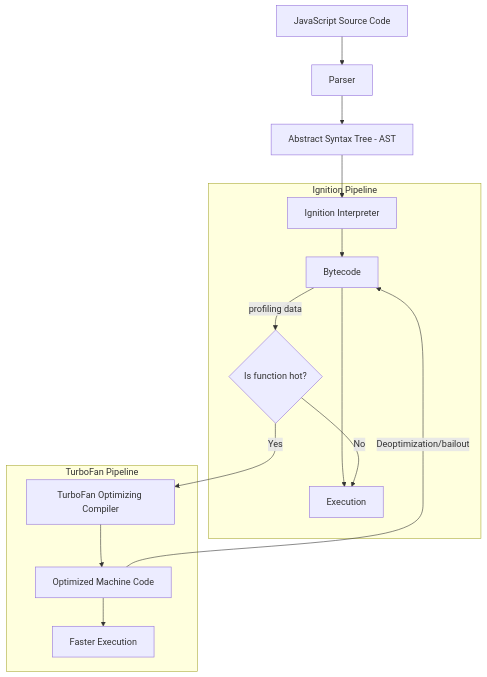
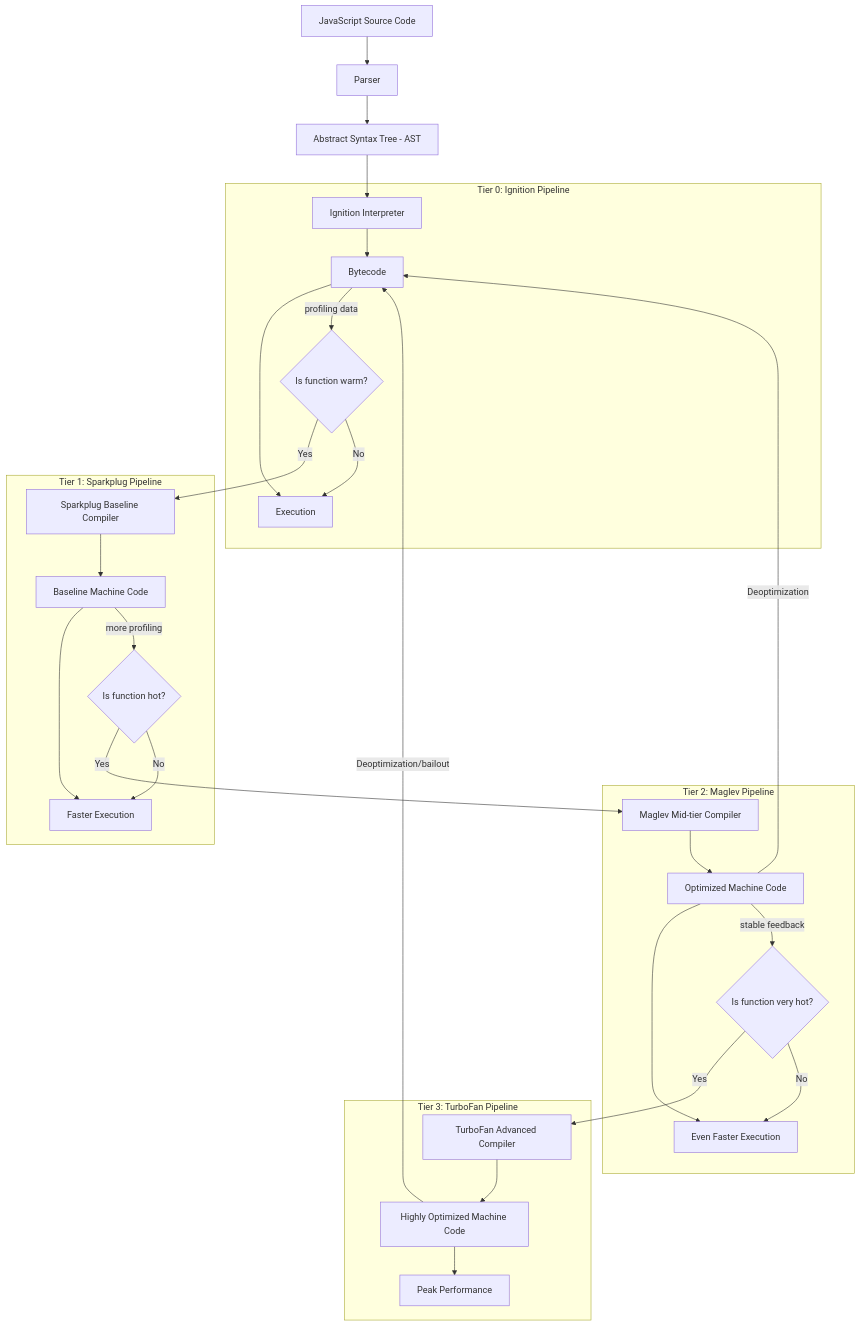
One commit to ishtms/nodebook changed the second of 14 diagrams in src/content/node-arch/v8-engine-intro.md. Above: the diagram before and after it, drawn with Mermaid. The commit also changed other lines of this file and 6 other files, not shown here.

````diff
--- a/src/content/node-arch/v8-engine-intro.md
+++ b/src/content/node-arch/v8-engine-intro.md
@@ -71,22 +75,41 @@
 ```mermaid
 graph TD
     A[JavaScript Source Code] --> B[Parser]
     B --> C[Abstract Syntax Tree - AST]
     C --> D[Ignition Interpreter]
 
-    subgraph Ignition ["Ignition Pipeline"]
+    subgraph Ignition ["Tier 0: Ignition Pipeline"]
         D --> E[Bytecode]
         E --> F[Execution]
-        E -->|profiling data| G{Is function hot?}
+        E -->|profiling data| G{Is function warm?}
     end
 
-    G -->|Yes| H[TurboFan Optimizing Compiler]
+    G -->|Yes| H[Sparkplug Baseline Compiler]
     G -->|No| F
 
-    subgraph TurboFan ["TurboFan Pipeline"]
-        H --> I[Optimized Machine Code]
+    subgraph Sparkplug ["Tier 1: Sparkplug Pipeline"]
+        H --> I[Baseline Machine Code]
         I --> J[Faster Execution]
+        I -->|more profiling| K{Is function hot?}
     end
 
-    I -->|Deoptimization/bailout| E
+    K -->|Yes| L[Maglev Mid-tier Compiler]
+    K -->|No| J
+
+    subgraph Maglev ["Tier 2: Maglev Pipeline"]
+        L --> M[Optimized Machine Code]
+        M --> N[Even Faster Execution]
+        M -->|stable feedback| O{Is function very hot?}
+    end
+
+    O -->|Yes| P[TurboFan Advanced Compiler]
+    O -->|No| N
+
+    subgraph TurboFan ["Tier 3: TurboFan Pipeline"]
+        P --> Q[Highly Optimized Machine Code]
+        Q --> R[Peak Performance]
+    end
+
+    Q -->|Deoptimization/bailout| E
+    M -->|Deoptimization| E
 ```
````
